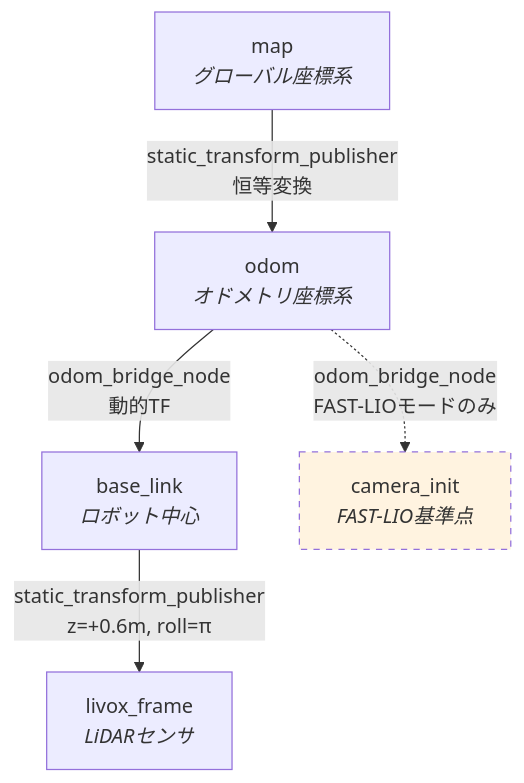
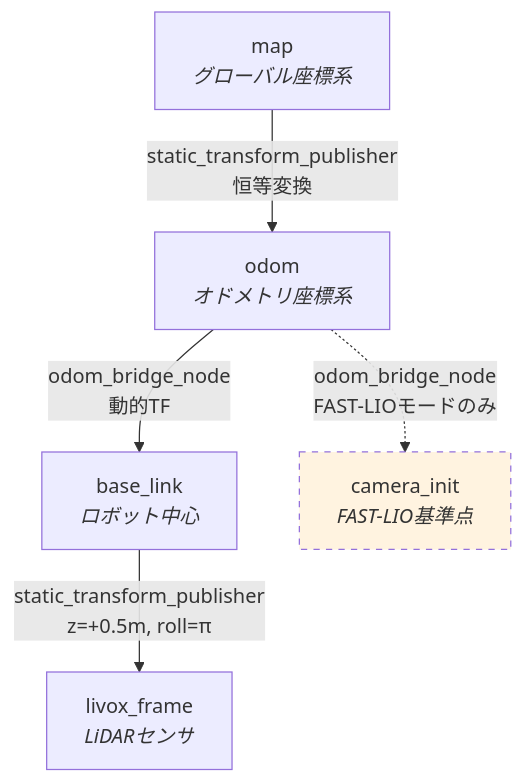
One commit to team-continue/core2026 changed the diagram in docs/architecture/tf-tree.md. Above: the diagram before and after it, drawn with Mermaid. The commit also changed other lines of this file and 15 other files, not shown here.

````diff
--- a/docs/architecture/tf-tree.md
+++ b/docs/architecture/tf-tree.md
@@ -5,15 +5,15 @@
 ```mermaid
 graph TD
     map["map<br/><i>グローバル座標系</i>"]
     odom["odom<br/><i>オドメトリ座標系</i>"]
     base_link["base_link<br/><i>ロボット中心</i>"]
     livox_frame["livox_frame<br/><i>LiDARセンサ</i>"]
     camera_init["camera_init<br/><i>FAST-LIO基準点</i>"]
 
     map -->|"static_transform_publisher<br/>恒等変換"| odom
     odom -->|"odom_bridge_node<br/>動的TF"| base_link
-    base_link -->|"static_transform_publisher<br/>z=+0.6m, roll=π"| livox_frame
+    base_link -->|"static_transform_publisher<br/>z=+0.5m, roll=π"| livox_frame
     odom -.->|"odom_bridge_node<br/>FAST-LIOモードのみ"| camera_init
 
     style camera_init fill:#fff3e0,stroke-dasharray: 5 5
 ```
````
